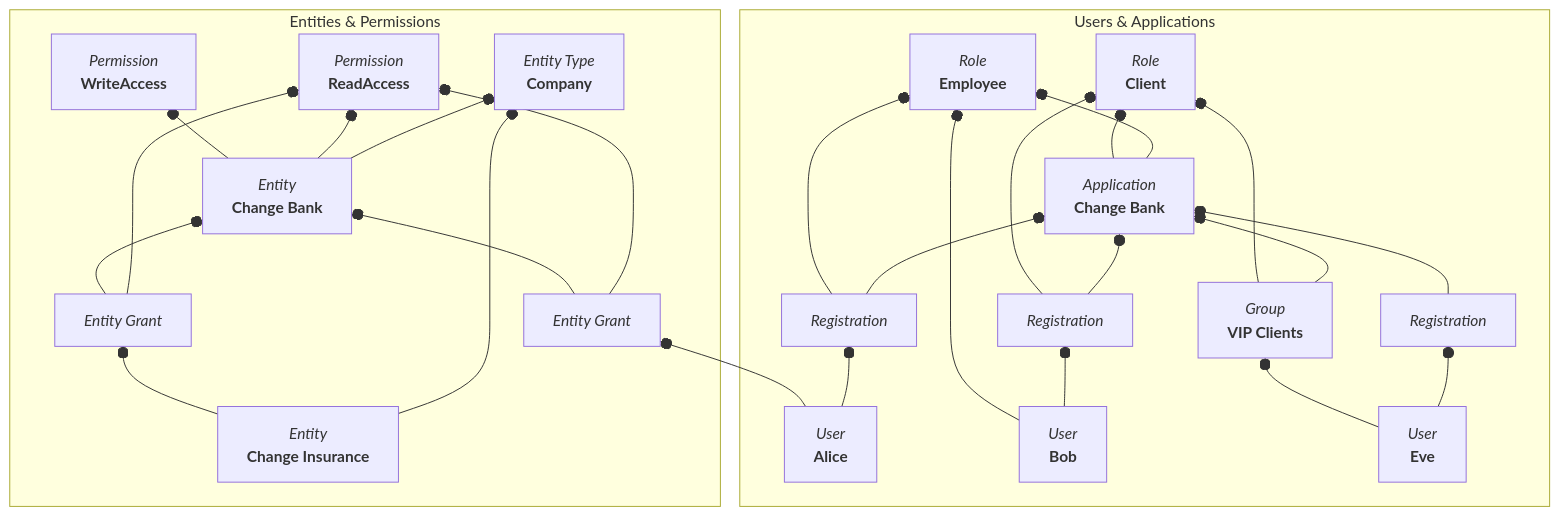
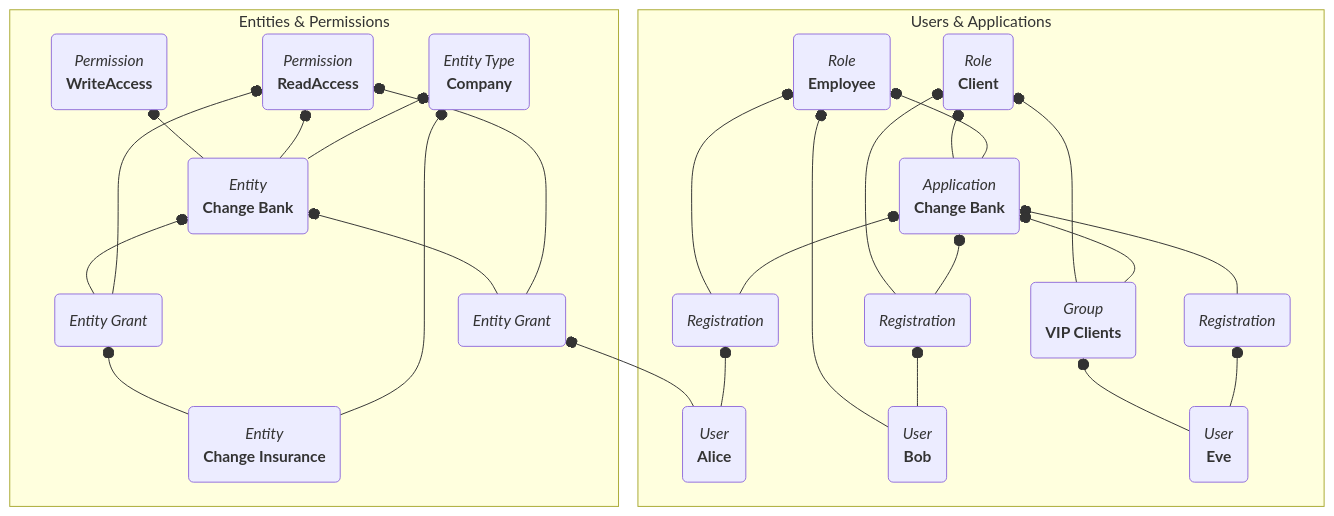
Before and after one commit to FusionAuth/fusionauth-site: the first of 2 diagrams in astro/src/content/docs/extend/examples/modeling-hierarchies.mdx, drawn with Mermaid. The commit also changed other lines of this file, not shown here.

````diff
--- a/astro/src/content/docs/extend/examples/modeling-hierarchies.mdx
+++ b/astro/src/content/docs/extend/examples/modeling-hierarchies.mdx
@@ -77,50 +75,50 @@
 ```mermaid
 graph BT
   subgraph Users & Applications
-    n1["`*Application*
-    **Change Bank**`"]
-    n2["`*User*
-    **Alice**`"]
-    n3["`*Registration*`"]
-    n4["`*Role*
-    **Employee**`"]
-    n5["`*Role*
-    **Client**`"]
-    n6["`*User*
-    **Bob**`"]
-    n7["`*Registration*`"]
-    n8["`*User*
-    **Eve**`"]
-    n9["`*Registration*`"]
-    n10["`*Group*
-    **VIP Clients**`"]
+    n1("`*Application*
+    **Change Bank**`")
+    n2("`*User*
+    **Alice**`")
+    n3("`*Registration*`")
+    n4("`*Role*
+    **Employee**`")
+    n5("`*Role*
+    **Client**`")
+    n6("`*User*
+    **Bob**`")
+    n7("`*Registration*`")
+    n8("`*User*
+    **Eve**`")
+    n9("`*Registration*`")
+    n10("`*Group*
+    **VIP Clients**`")
   end
 
   subgraph Entities & Permissions
-    n11["`*Entity Type*
-    **Company**`"]
-    n12["`*Entity*
-    **Change Bank**`"]
-    n13["`*Permission*
-    **ReadAccess**`"]
-    n14["`*Permission*
-    **WriteAccess**`"]
-    n15["`*Entity*
-    **Change Insurance**`"]
-    n16["`*Entity Grant*`"]
-    n17["`*Entity Grant*`"]
+    n11("`*Entity Type*
+    **Company**`")
+    n12("`*Entity*
+    **Change Bank**`")
+    n13("`*Permission*
+    **ReadAccess**`")
+    n14("`*Permission*
+    **WriteAccess**`")
+    n15("`*Entity*
+    **Change Insurance**`")
+    n16("`*Entity Grant*`")
+    n17("`*Entity Grant*`")
   end
 
   n1 --o n4 & n5
   n2 --o n3 & n17
   n3 --o n1 & n4
   n6 --o n7 & n4
   n7 --o n1 & n5
   n8 --o n9 & n10
   n9 --o n1
   n10 --o n1 & n5
   n12 --o n11 & n13 & n14
   n15 --o n11 & n16
   n16 --o n13 & n12
   n17 --o n13 & n12
 ```
````
